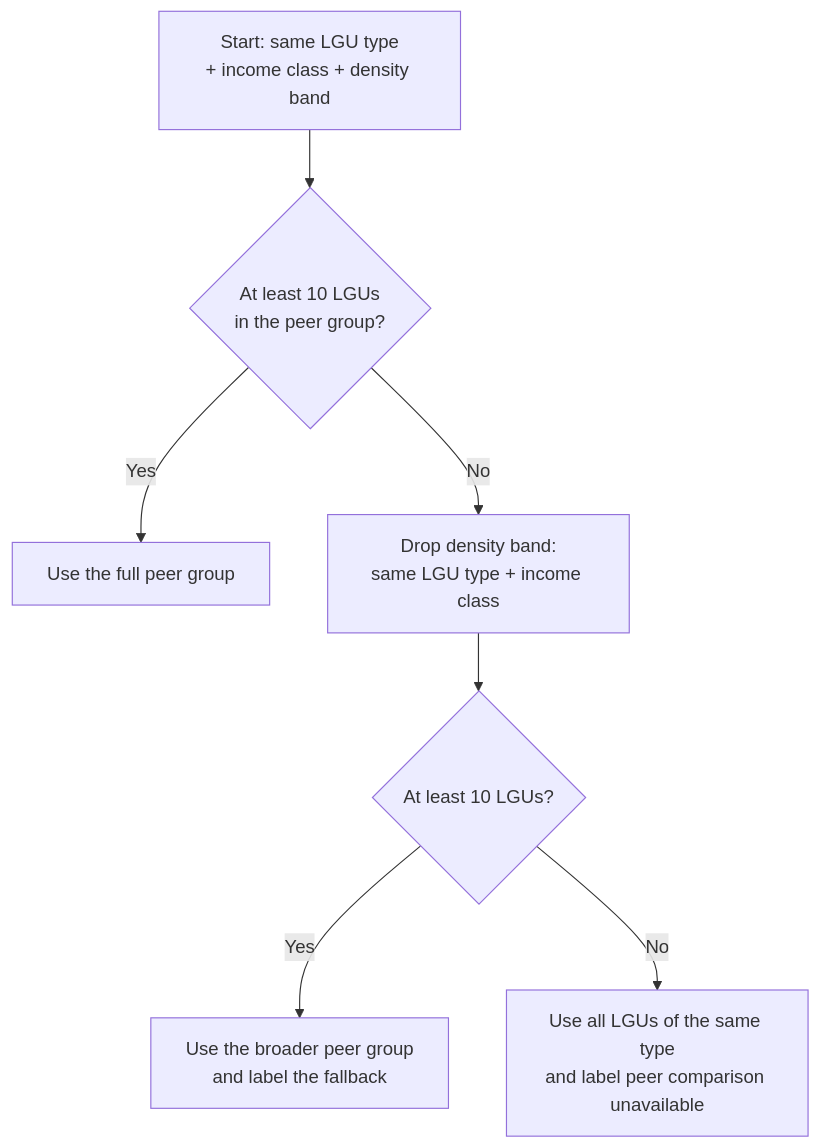
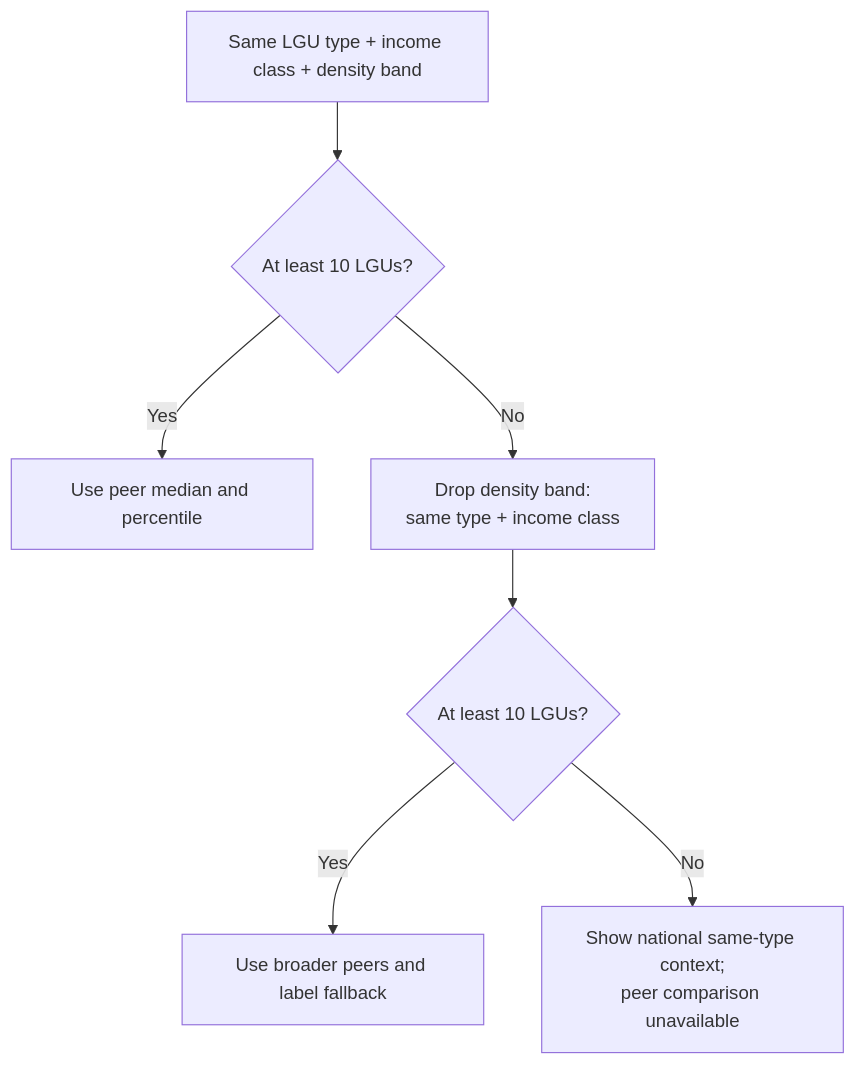
Before and after one commit to reached-hq/edu-access-intelligence: the second of 2 diagrams in docs/business/business-analytics-problem.md, drawn with Mermaid. The commit also changed other lines of this file and 4 other files, not shown here.

````diff
--- a/docs/business/business-analytics-problem.md
+++ b/docs/business/business-analytics-problem.md
@@ -96,9 +86,9 @@
 ```mermaid
 flowchart TD
-    A["Start: same LGU type<br/>+ income class + density band"] --> B{"At least 10 LGUs<br/>in the peer group?"}
-    B -->|Yes| C["Use the full peer group"]
-    B -->|No| D["Drop density band:<br/>same LGU type + income class"]
+    A["Same LGU type + income class + density band"] --> B{"At least 10 LGUs?"}
+    B -->|Yes| C["Use peer median and percentile"]
+    B -->|No| D["Drop density band:<br/>same type + income class"]
     D --> E{"At least 10 LGUs?"}
-    E -->|Yes| F["Use the broader peer group<br/>and label the fallback"]
-    E -->|No| G["Use all LGUs of the same type<br/>and label peer comparison unavailable"]
+    E -->|Yes| F["Use broader peers and label fallback"]
+    E -->|No| G["Show national same-type context;<br/>peer comparison unavailable"]
 ```
````
